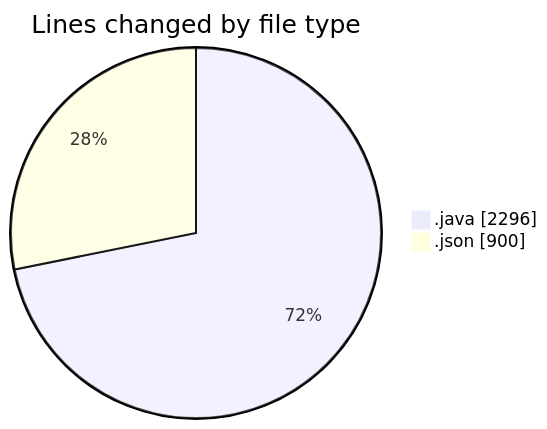
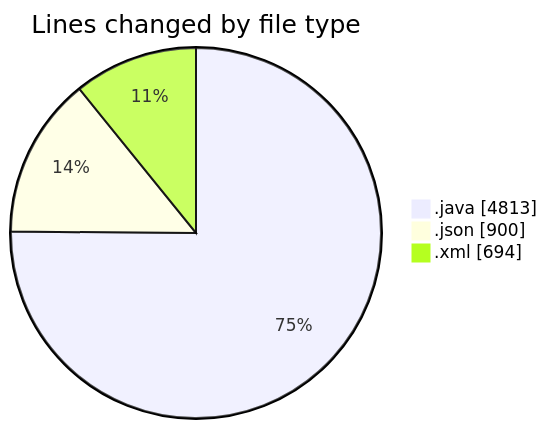
One commit to ricardozamudiocil/code-tracking changed the first of 2 diagrams in 2026-03-31/cilapp/README.md. Above: the diagram before and after it, drawn with Mermaid. The commit also changed other lines of this file and 1 other file, not shown here.

````diff
--- a/2026-03-31/cilapp/README.md
+++ b/2026-03-31/cilapp/README.md
@@ -21,6 +24,7 @@
 ```mermaid
 pie showData
 title Lines changed by file type
-".java" : 2296
+".java" : 4813
 ".json" : 900
+".xml" : 694
 ```
````
